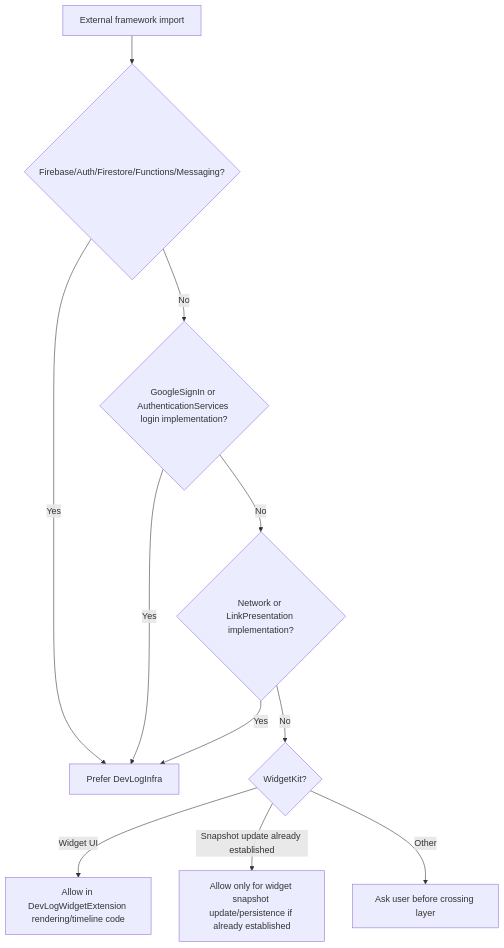
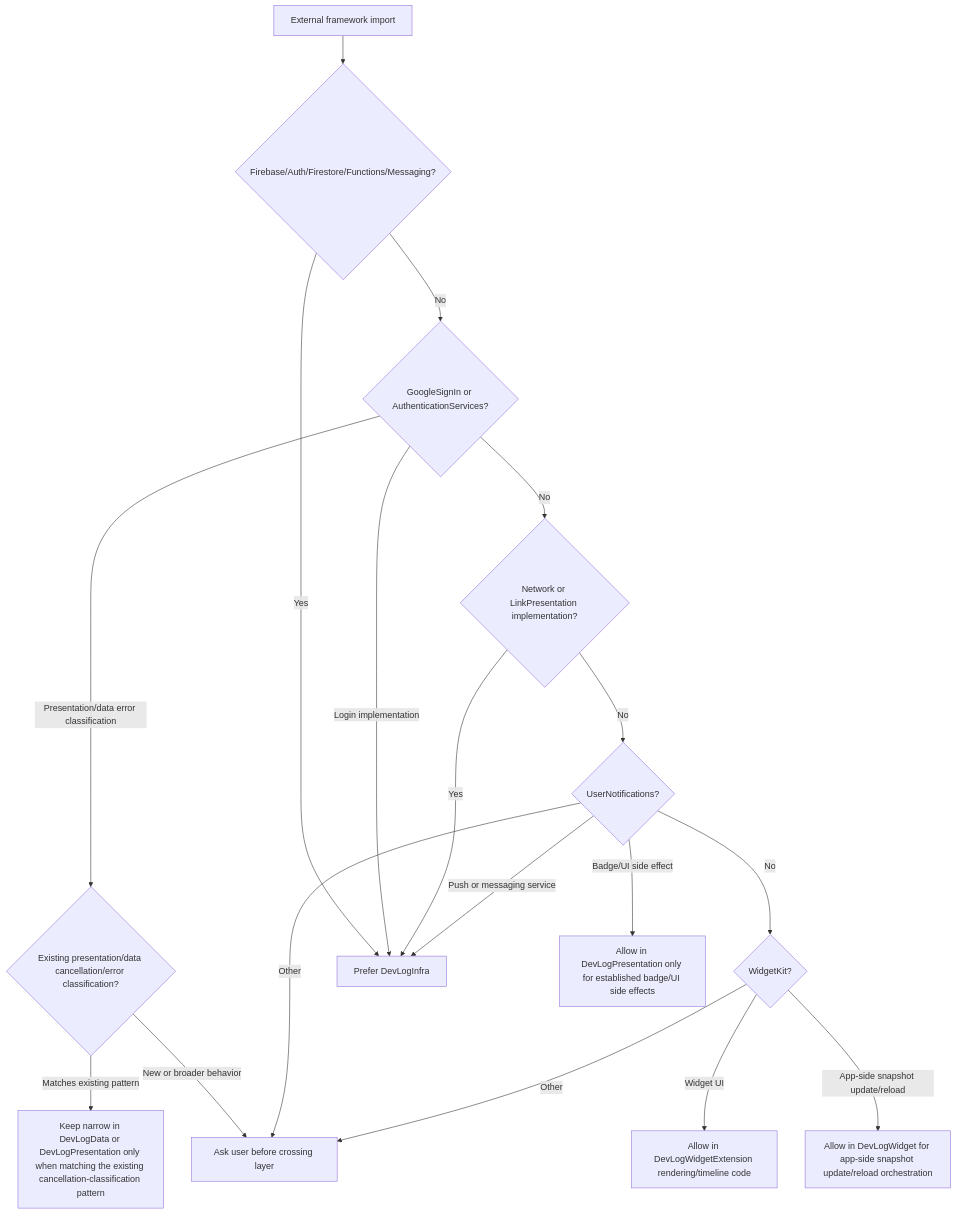
Before and after one commit to opficdev/DevLog_iOS: the seventh of 9 diagrams in .hermes/skills/devlog-architecture-harness/references/devlog-architecture-flow.md, drawn with Mermaid. The commit also changed other lines of this file and 3 other files, not shown here.

````diff
--- a/.hermes/skills/devlog-architecture-harness/references/devlog-architecture-flow.md
+++ b/.hermes/skills/devlog-architecture-harness/references/devlog-architecture-flow.md
@@ -215,23 +222,34 @@
 ```mermaid
 flowchart TD
 	Import["External framework import"]
 	Firebase{"Firebase/Auth/Firestore/Functions/Messaging?"}
-	SocialLogin{"GoogleSignIn or AuthenticationServices login implementation?"}
+	SocialLogin{"GoogleSignIn or AuthenticationServices?"}
+	SocialLoginClassification{"Existing presentation/data cancellation/error classification?"}
 	NetworkMeta{"Network or LinkPresentation implementation?"}
+	UserNotifications{"UserNotifications?"}
 	WidgetKit{"WidgetKit?"}
 	Infra["Prefer DevLogInfra"]
-	Persistence["Allow only for widget snapshot update/persistence if already established"]
+	ErrorClassification["Keep narrow in DevLogData or DevLogPresentation only when matching the existing cancellation-classification pattern"]
+	PresentationBadge["Allow in DevLogPresentation only for established badge/UI side effects"]
+	Widget["Allow in DevLogWidget for app-side snapshot update/reload orchestration"]
 	WidgetExtension["Allow in DevLogWidgetExtension rendering/timeline code"]
 	Ask["Ask user before crossing layer"]
 
 	Import --> Firebase
 	Firebase -->|Yes| Infra
 	Firebase -->|No| SocialLogin
-	SocialLogin -->|Yes| Infra
+	SocialLogin -->|Login implementation| Infra
+	SocialLogin -->|Presentation/data error classification| SocialLoginClassification
+	SocialLoginClassification -->|Matches existing pattern| ErrorClassification
+	SocialLoginClassification -->|New or broader behavior| Ask
 	SocialLogin -->|No| NetworkMeta
 	NetworkMeta -->|Yes| Infra
-	NetworkMeta -->|No| WidgetKit
+	NetworkMeta -->|No| UserNotifications
+	UserNotifications -->|Badge/UI side effect| PresentationBadge
+	UserNotifications -->|Push or messaging service| Infra
+	UserNotifications -->|Other| Ask
+	UserNotifications -->|No| WidgetKit
 	WidgetKit -->|Widget UI| WidgetExtension
-	WidgetKit -->|Snapshot update already established| Persistence
+	WidgetKit -->|App-side snapshot update/reload| Widget
 	WidgetKit -->|Other| Ask
 ```
````
